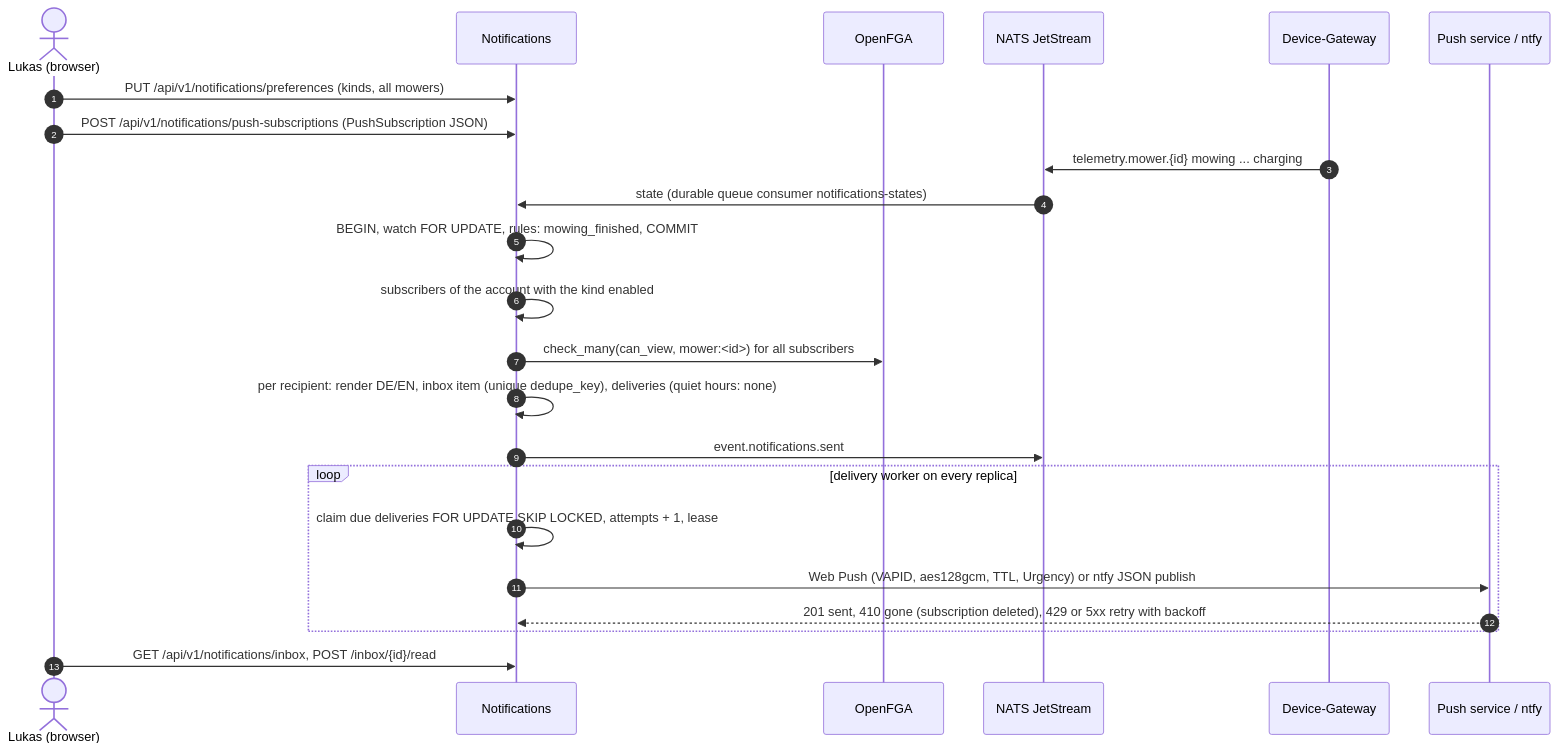
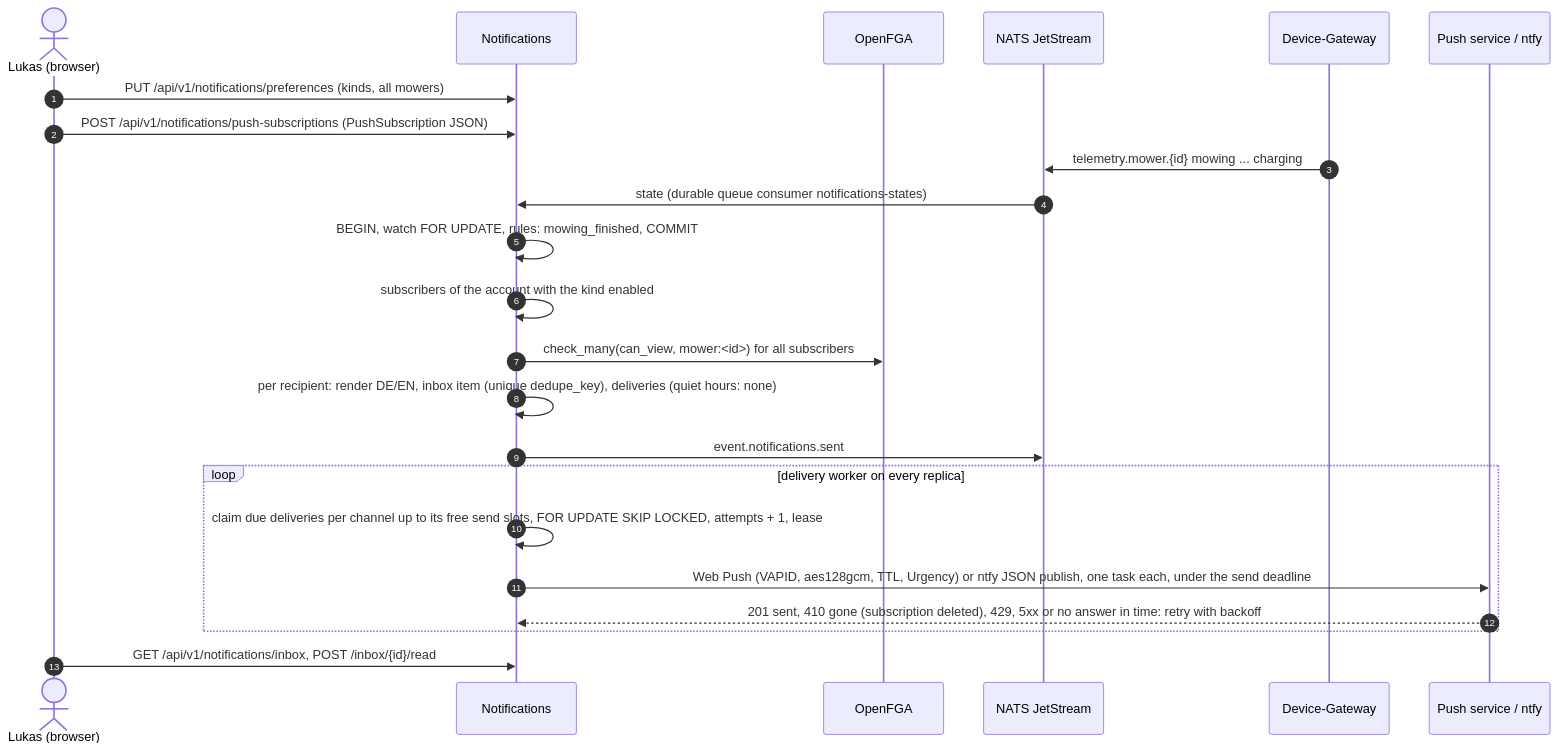
Before and after one commit to lukislp/mowdeck: the fourth of 11 diagrams in docs/architecture/06-runtime-view.md, drawn with Mermaid. The commit also changed 14 other files, not shown here.

````diff
--- a/docs/architecture/06-runtime-view.md
+++ b/docs/architecture/06-runtime-view.md
@@ -125,25 +125,25 @@
 ```mermaid
 sequenceDiagram
     autonumber
     actor L as Lukas (browser)
     participant No as Notifications
     participant A as OpenFGA
     participant N as NATS JetStream
     participant D as Device-Gateway
     participant P as Push service / ntfy
     L->>No: PUT /api/v1/notifications/preferences (kinds, all mowers)
     L->>No: POST /api/v1/notifications/push-subscriptions (PushSubscription JSON)
     D->>N: telemetry.mower.{id} mowing ... charging
     N->>No: state (durable queue consumer notifications-states)
     No->>No: BEGIN, watch FOR UPDATE, rules: mowing_finished, COMMIT
     No->>No: subscribers of the account with the kind enabled
     No->>A: check_many(can_view, mower:<id>) for all subscribers
     No->>No: per recipient: render DE/EN, inbox item (unique dedupe_key), deliveries (quiet hours: none)
     No->>N: event.notifications.sent
     loop delivery worker on every replica
-        No->>No: claim due deliveries FOR UPDATE SKIP LOCKED, attempts + 1, lease
-        No->>P: Web Push (VAPID, aes128gcm, TTL, Urgency) or ntfy JSON publish
-        P-->>No: 201 sent, 410 gone (subscription deleted), 429 or 5xx retry with backoff
+        No->>No: claim due deliveries per channel up to its free send slots, FOR UPDATE SKIP LOCKED, attempts + 1, lease
+        No->>P: Web Push (VAPID, aes128gcm, TTL, Urgency) or ntfy JSON publish, one task each, under the send deadline
+        P-->>No: 201 sent, 410 gone (subscription deleted), 429, 5xx or no answer in time: retry with backoff
     end
     L->>No: GET /api/v1/notifications/inbox, POST /inbox/{id}/read
 ```
````
